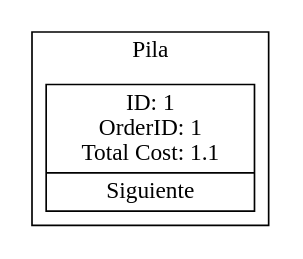
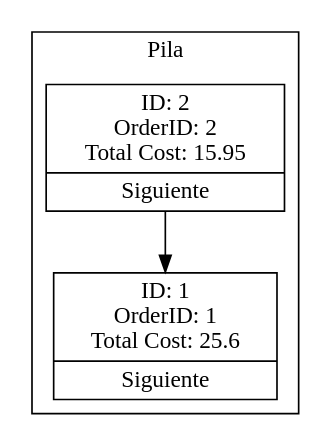
One commit to marcosbondel/EDD_1S2025_202202410 changed the diagram in Phase1/reports/Bill.dot. Above: the diagram before and after it, drawn with Graphviz. The commit also changed 14 other files, not shown here.

```diff
--- a/Phase1/reports/Bill.dot
+++ b/Phase1/reports/Bill.dot
@@ -1,8 +1,10 @@
 digraph G {
     node [shape=record];
     rankdir=TB;
     subgraph cluster_0 {
         label = "Pila";
-        n0 [label = "{<data> ID: 1 \n OrderID: 1 \n Total Cost: 1.1 | <next> Siguiente }"];
+        n0 [label = "{<data> ID: 2 \n OrderID: 2 \n Total Cost: 15.95 | <next> Siguiente }"];
+        n1 [label = "{<data> ID: 1 \n OrderID: 1 \n Total Cost: 25.6 | <next> Siguiente }"];
+        n0:next -> n1:data;
     }
 }
```
